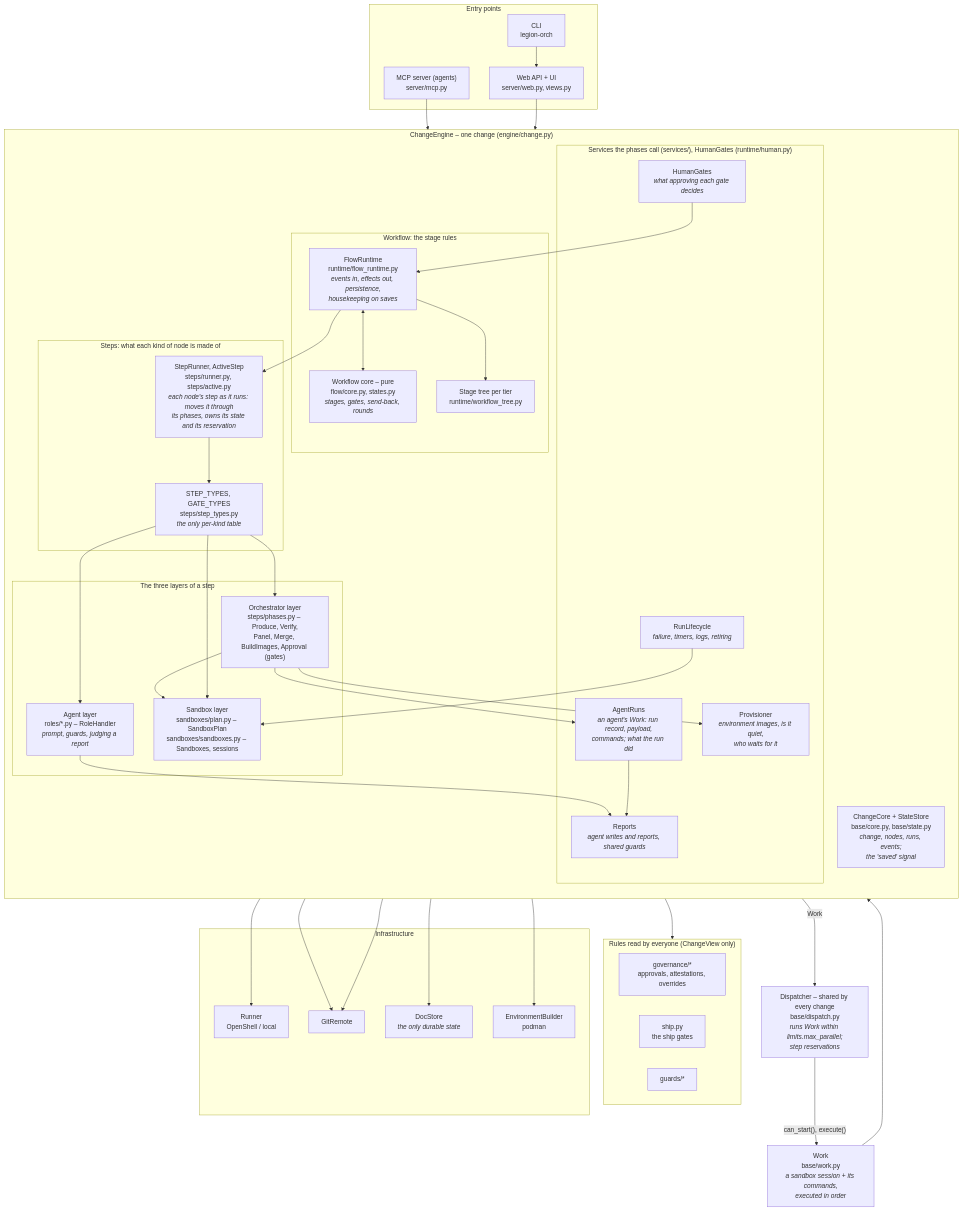
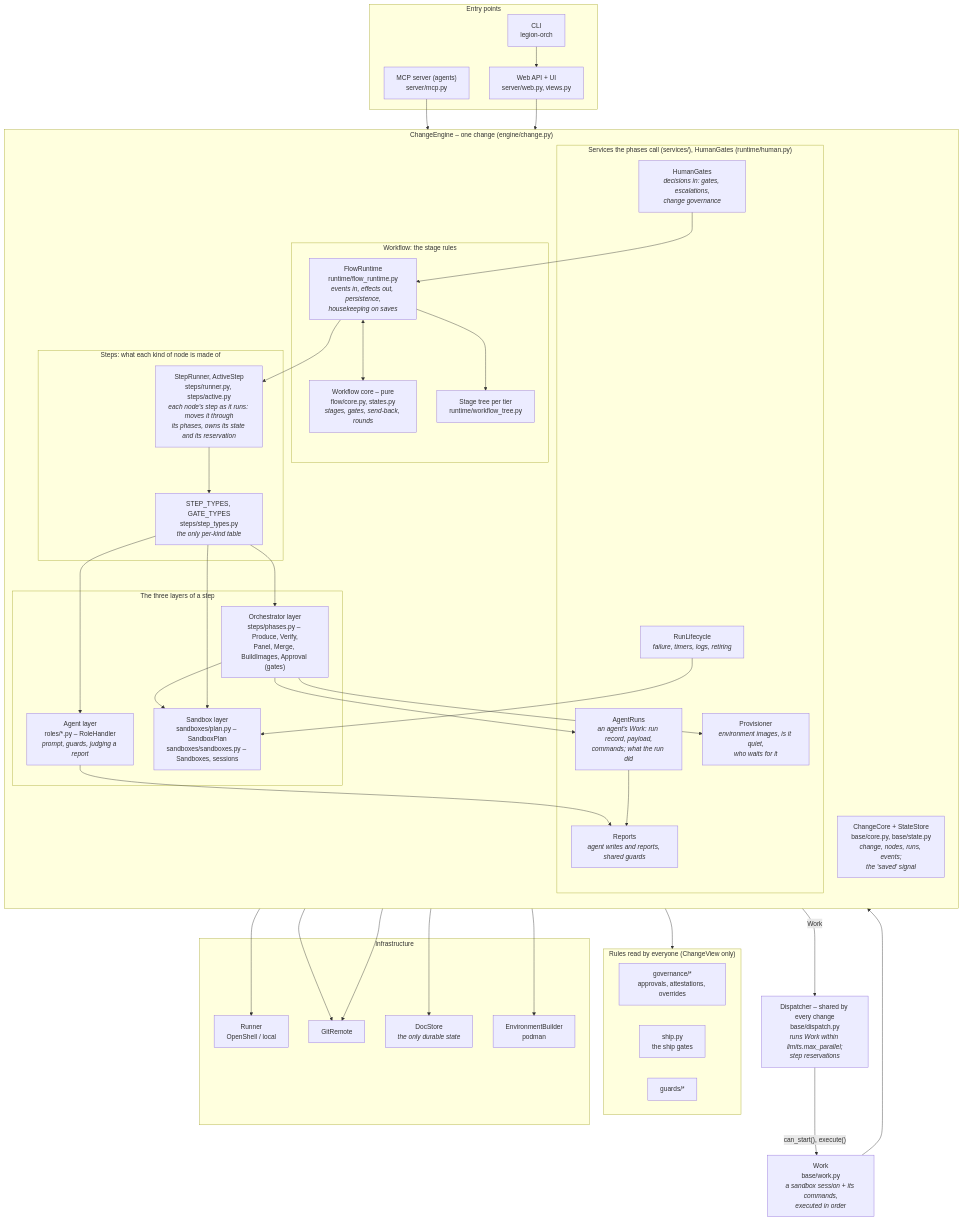
The first of 6 diagrams in docs/architecture.md (mr-miles/orchestrator), drawn with Mermaid before and after one commit. The commit also changed other lines of this file and 12 other files, not shown here.

First line of the commit message:
What approving a gate records is its step's: Approval.approves

````diff
--- a/docs/architecture.md
+++ b/docs/architecture.md
@@ -13,72 +13,72 @@
 ```mermaid
 flowchart TB
     subgraph entry["Entry points"]
         web["Web API + UI<br/>server/web.py, views.py"]
         mcp["MCP server (agents)<br/>server/mcp.py"]
         cli["CLI<br/>legion-orch"]
     end
 
     subgraph engine["ChangeEngine – one change (engine/change.py)"]
         direction TB
         subgraph wf["Workflow: the stage rules"]
             core["Workflow core – pure<br/>flow/core.py, states.py<br/><i>stages, gates, send-back, rounds</i>"]
             tree["Stage tree per tier<br/>runtime/workflow_tree.py"]
             rt["FlowRuntime<br/>runtime/flow_runtime.py<br/><i>events in, effects out, persistence,<br/>housekeeping on saves</i>"]
         end
         subgraph steps["Steps: what each kind of node is made of"]
             runner["StepRunner, ActiveStep<br/>steps/runner.py, steps/active.py<br/><i>each node's step as it runs: moves it through<br/>its phases, owns its state and its reservation</i>"]
             types["STEP_TYPES, GATE_TYPES<br/>steps/step_types.py<br/><i>the only per-kind table</i>"]
         end
         subgraph layers["The three layers of a step"]
             agent["Agent layer<br/>roles/*.py – RoleHandler<br/><i>prompt, guards, judging a report</i>"]
             phases["Orchestrator layer<br/>steps/phases.py – Produce, Verify,<br/>Panel, Merge, BuildImages, Approval (gates)"]
             sbx["Sandbox layer<br/>sandboxes/plan.py – SandboxPlan<br/>sandboxes/sandboxes.py – Sandboxes, sessions"]
         end
         subgraph svc["Services the phases call (services/), HumanGates (runtime/human.py)"]
             agents["AgentRuns<br/><i>an agent's Work: run record, payload,<br/>commands; what the run did</i>"]
             reports["Reports<br/><i>agent writes and reports, shared guards</i>"]
             prov["Provisioner<br/><i>environment images, is it quiet,<br/>who waits for it</i>"]
             life["RunLifecycle<br/><i>failure, timers, logs, retiring</i>"]
-            gates["HumanGates<br/><i>what approving each gate decides</i>"]
+            gates["HumanGates<br/><i>decisions in: gates, escalations,<br/>change governance</i>"]
         end
         state["ChangeCore + StateStore<br/>base/core.py, base/state.py<br/><i>change, nodes, runs, events;<br/>the 'saved' signal</i>"]
     end
 
     disp["Dispatcher – shared by every change<br/>base/dispatch.py<br/><i>runs Work within limits.max_parallel;<br/>step reservations</i>"]
     work["Work<br/>base/work.py<br/><i>a sandbox session + its commands,<br/>executed in order</i>"]
 
     subgraph gov["Rules read by everyone (ChangeView only)"]
         governance["governance/*<br/>approvals, attestations, overrides"]
         ship["ship.py<br/>the ship gates"]
         guards["guards/*"]
     end
 
     subgraph infra["Infrastructure"]
         runnerx["Runner<br/>OpenShell / local"]
         git["GitRemote"]
         store["DocStore<br/><i>the only durable state</i>"]
         builder["EnvironmentBuilder<br/>podman"]
     end
 
     web --> engine
     cli --> web
     mcp --> reports
     rt <--> core
     rt --> tree
     rt --> runner
     gates --> rt
     runner --> types
     types --> agent & phases & sbx
     phases --> agents & prov & sbx
     phases -- "Work" --> disp
     disp -- "can_start(), execute()" --> work
     work --> sbx
     agents --> reports
     agent --> reports
     life --> sbx
     engine --> gov
     sbx --> runnerx
     phases & gates --> git
     state --> store
     prov --> builder
 ```
````
